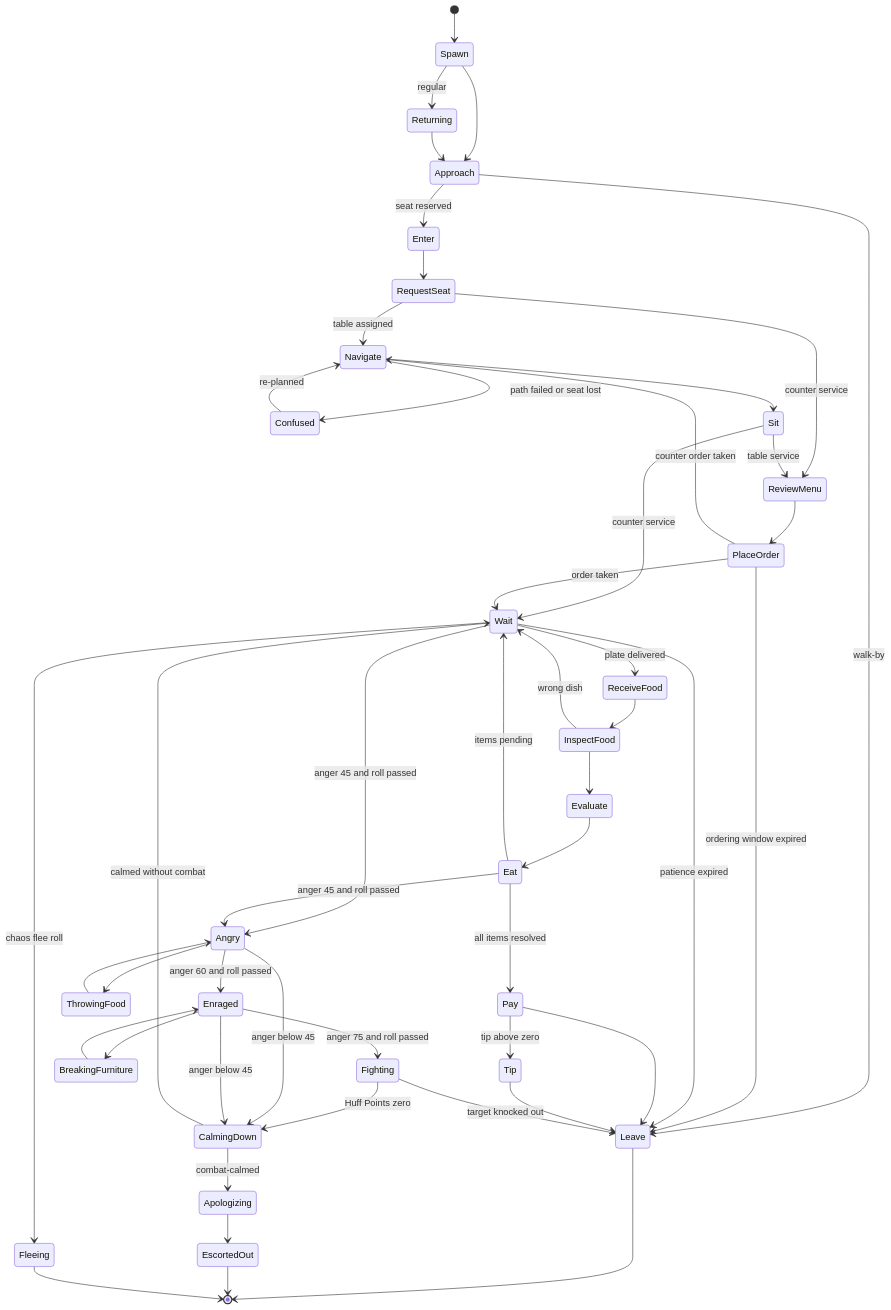
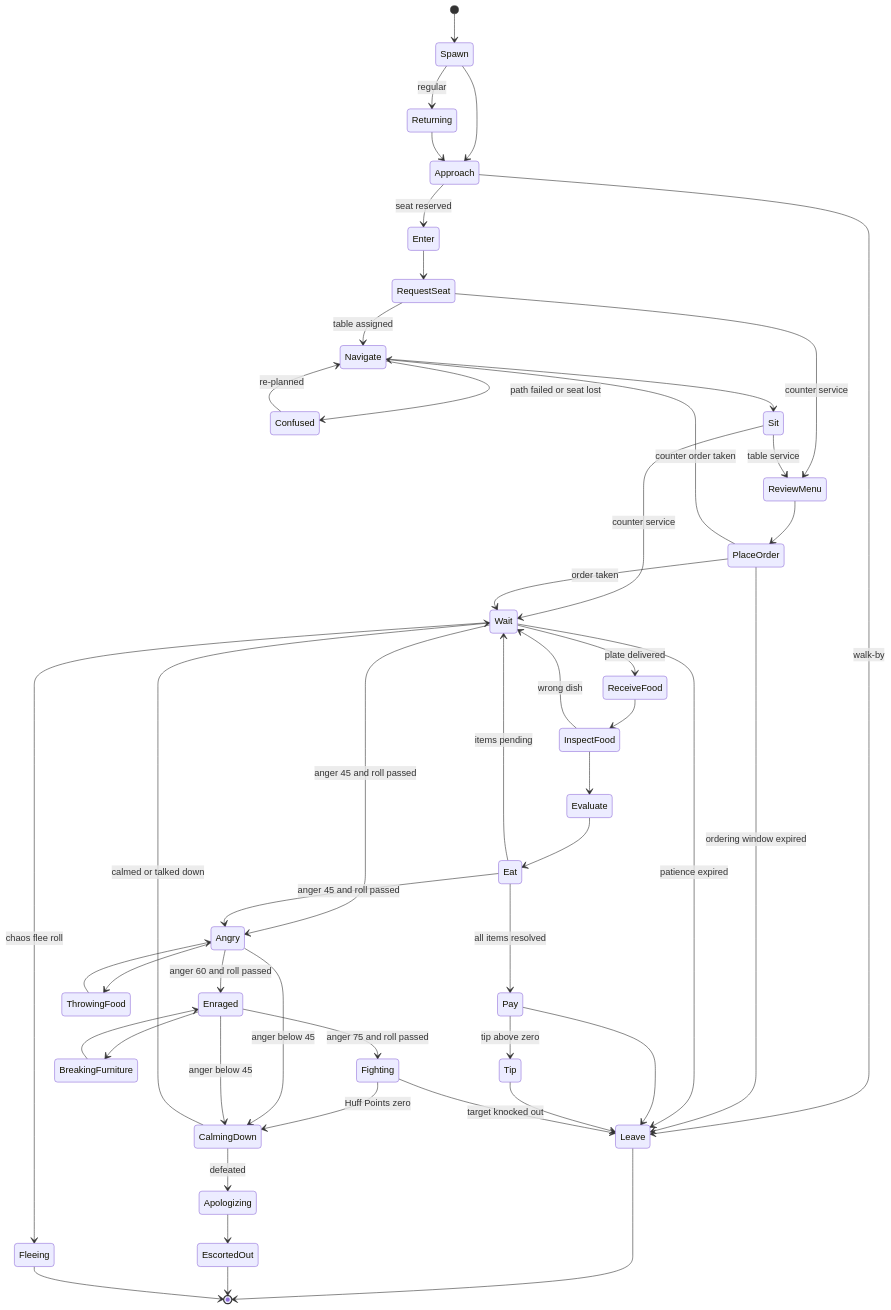
Before and after one commit to sol-singula/ra1: the diagram in gdd/sections/08_customer_ai.md, drawn with Mermaid. The commit also changed other lines of this file and 26 other files, not shown here.

````diff
--- a/gdd/sections/08_customer_ai.md
+++ b/gdd/sections/08_customer_ai.md
@@ -386,52 +387,52 @@
 ```mermaid
 %% diagram: customer-state-machine
 stateDiagram-v2
     [*] --> Spawn
     Spawn --> Returning: regular
     Spawn --> Approach
     Returning --> Approach
     Approach --> Enter: seat reserved
     Approach --> Leave: walk-by
     Enter --> RequestSeat
     RequestSeat --> Navigate: table assigned
     RequestSeat --> ReviewMenu: counter service
     Navigate --> Confused: path failed or seat lost
     Confused --> Navigate: re-planned
     Navigate --> Sit
     Sit --> ReviewMenu: table service
     Sit --> Wait: counter service
     ReviewMenu --> PlaceOrder
     PlaceOrder --> Wait: order taken
     PlaceOrder --> Navigate: counter order taken
     PlaceOrder --> Leave: ordering window expired
     Wait --> ReceiveFood: plate delivered
     Wait --> Leave: patience expired
     ReceiveFood --> InspectFood
     InspectFood --> Wait: wrong dish
     InspectFood --> Evaluate
     Evaluate --> Eat
     Eat --> Wait: items pending
     Eat --> Pay: all items resolved
     Pay --> Tip: tip above zero
     Pay --> Leave
     Tip --> Leave
     Leave --> [*]
     Wait --> Angry: anger 45 and roll passed
     Eat --> Angry: anger 45 and roll passed
     Angry --> ThrowingFood
     ThrowingFood --> Angry
     Angry --> Enraged: anger 60 and roll passed
     Enraged --> BreakingFurniture
     BreakingFurniture --> Enraged
     Enraged --> Fighting: anger 75 and roll passed
     Fighting --> CalmingDown: Huff Points zero
     Angry --> CalmingDown: anger below 45
     Enraged --> CalmingDown: anger below 45
-    CalmingDown --> Wait: calmed without combat
-    CalmingDown --> Apologizing: combat-calmed
+    CalmingDown --> Wait: calmed or talked down
+    CalmingDown --> Apologizing: defeated
     Apologizing --> EscortedOut
     EscortedOut --> [*]
     Fighting --> Leave: target knocked out
     Wait --> Fleeing: chaos flee roll
     Fleeing --> [*]
 ```
````
